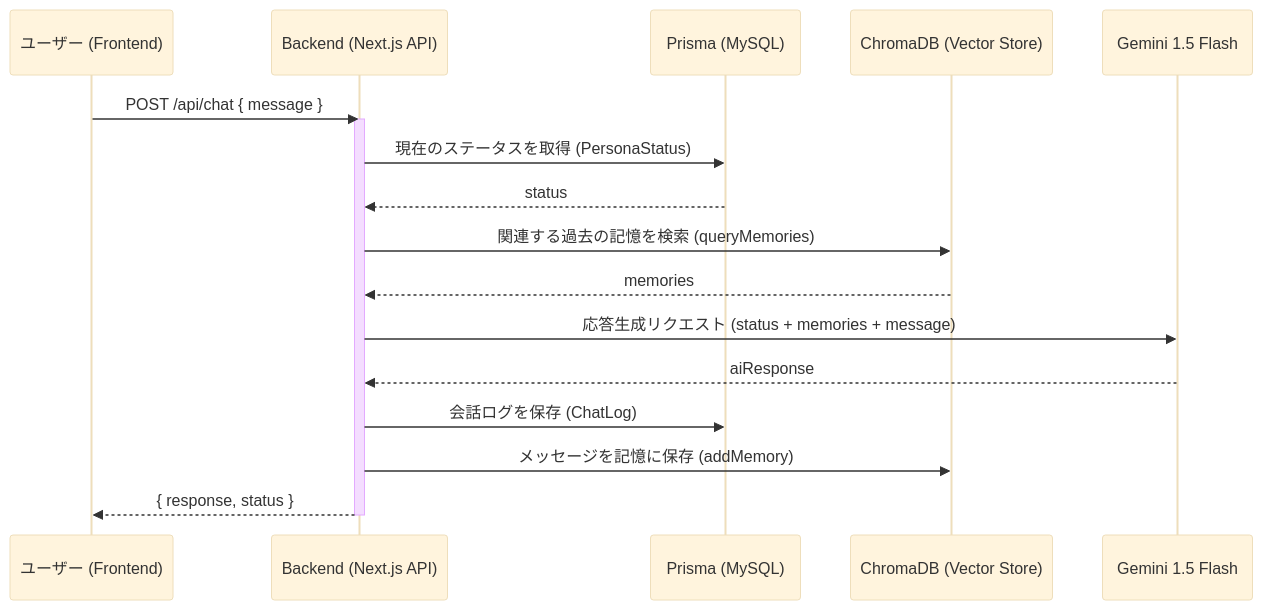
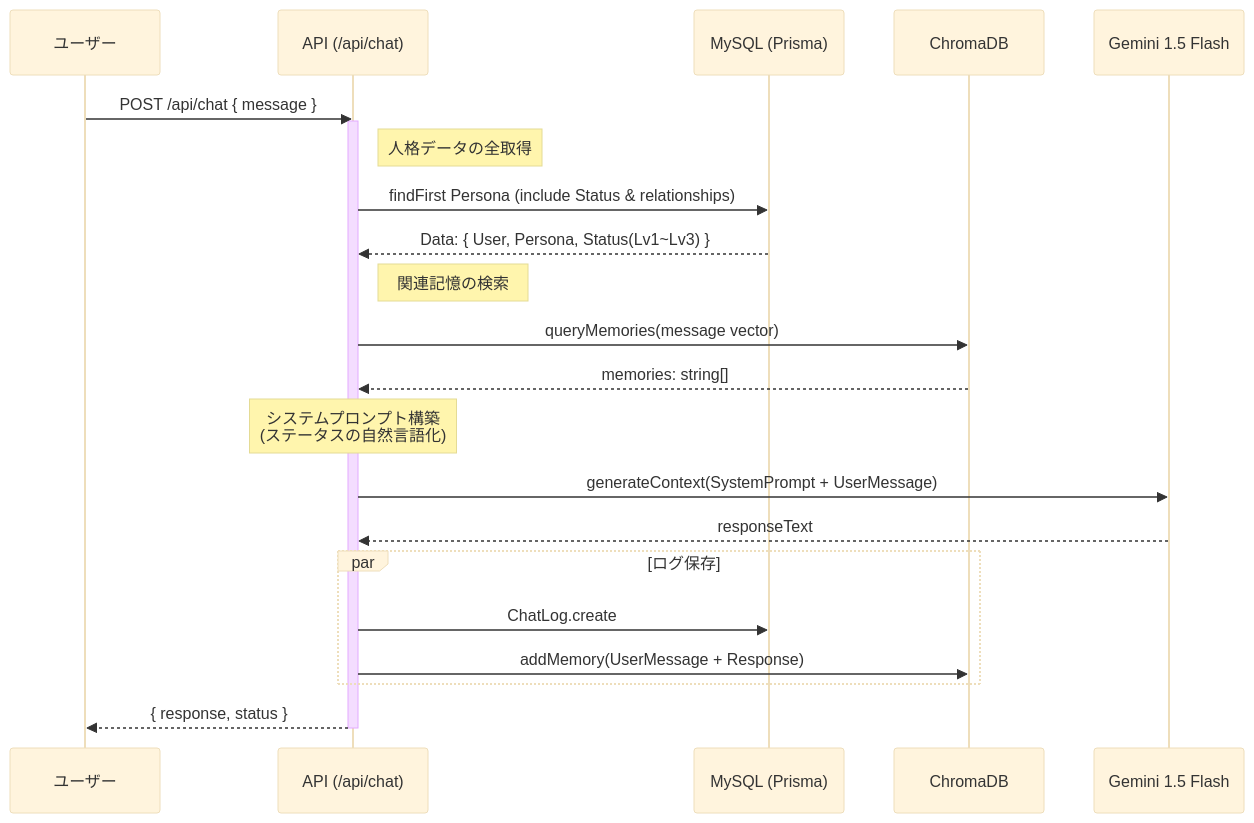
The first of 2 diagrams in docs/sequence.md (mshirai0327/self-reflection-chatbot), drawn with Mermaid (base theme) before and after one commit. The commit also changed other lines of this file, not shown here.

Commit message:
[docs] シーケンス図更新

````diff
--- a/docs/sequence.md
+++ b/docs/sequence.md
@@ -9,26 +11,37 @@
 ```mermaid
 sequenceDiagram
-    participant U as ユーザー (Frontend)
-    participant B as Backend (Next.js API)
-    participant P as Prisma (MySQL)
-    participant C as ChromaDB (Vector Store)
-    participant G as Gemini 1.5 Flash
+    participant U as ユーザー
+    participant API as API (/api/chat)
+    participant DB as MySQL (Prisma)
+    participant Vec as ChromaDB
+    participant LLM as Gemini 1.5 Flash
 
-    U->>B: POST /api/chat { message }
+    U->>API: POST /api/chat { message }
     
-    activate B
-    B->>P: 現在のステータスを取得 (PersonaStatus)
-    P-->>B: status
+    activate API
+    %% 1. ステータス取得
+    Note right of API: 人格データの全取得
+    API->>DB: findFirst Persona (include Status & relationships)
+    DB-->>API: Data: { User, Persona, Status(Lv1~Lv3) }
+
+    %% 2. 記憶検索
+    Note right of API: 関連記憶の検索
+    API->>Vec: queryMemories(message vector)
+    Vec-->>API: memories: string[]
+
+    %% 3. プロンプト構築
+    Note over API: システムプロンプト構築<br/>(ステータスの自然言語化)
     
-    B->>C: 関連する過去の記憶を検索 (queryMemories)
-    C-->>B: memories
-    
-    B->>G: 応答生成リクエスト (status + memories + message)
-    G-->>B: aiResponse
-    
-    B->>P: 会話ログを保存 (ChatLog)
-    B->>C: メッセージを記憶に保存 (addMemory)
-    
-    B-->>U: { response, status }
-    deactivate B
+    %% 4. LLM生成
+    API->>LLM: generateContext(SystemPrompt + UserMessage)
+    LLM-->>API: responseText
+
+    %% 5. ログ保存 (非同期推奨)
+    par ログ保存
+        API->>DB: ChatLog.create
+        API->>Vec: addMemory(UserMessage + Response)
+    end
+
+    API-->>U: { response, status }
+    deactivate API
 ```
````
